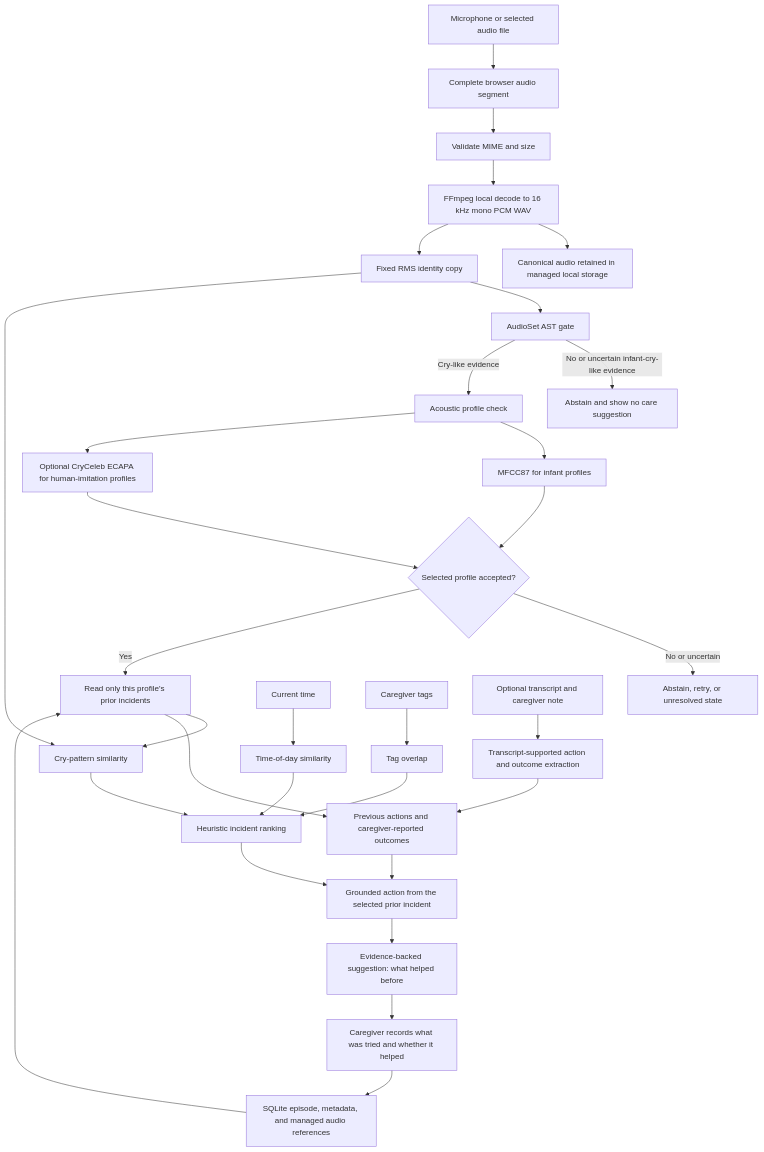
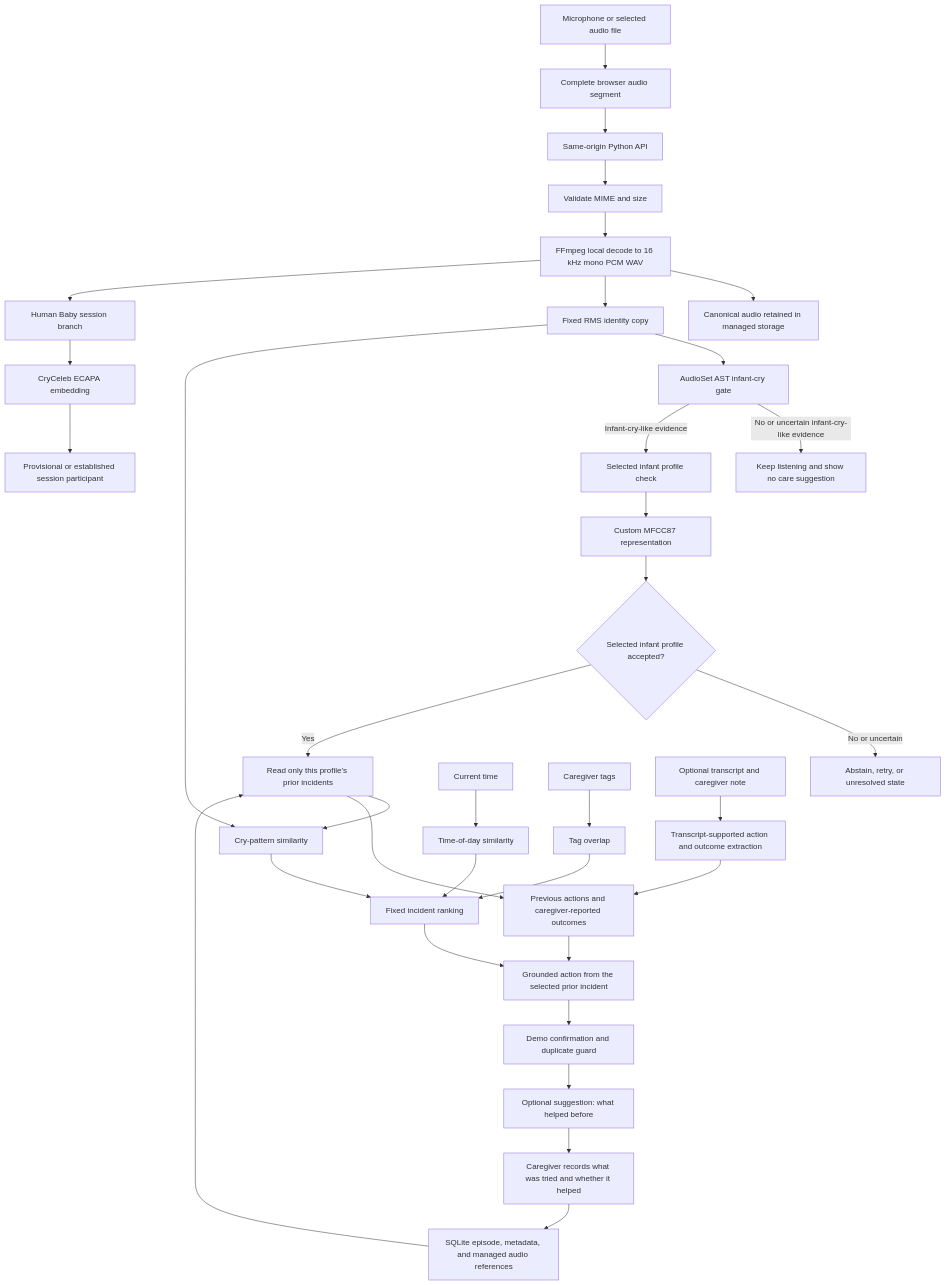
The diagram in docs/TECHNICAL-ARCHITECTURE.md (Prasshanna-S/soothetrace), drawn with Mermaid before and after one commit. The commit also changed other lines of this file and 73 other files, not shown here.

Commit message:
Ship tested SootheTrace care demo release

````diff
--- a/docs/TECHNICAL-ARCHITECTURE.md
+++ b/docs/TECHNICAL-ARCHITECTURE.md
@@ -9,33 +15,37 @@
 ```mermaid
 flowchart TD
     A["Microphone or selected audio file"] --> B["Complete browser audio segment"]
-    B --> C["Validate MIME and size"]
-    C --> D["FFmpeg local decode to 16 kHz mono PCM WAV"]
-    D --> E["Canonical audio retained in managed local storage"]
-    D --> F["Fixed RMS identity copy"]
-    F --> G["AudioSet AST gate"]
-    G -->|"No or uncertain infant-cry-like evidence"| H["Abstain and show no care suggestion"]
-    G -->|"Cry-like evidence"| I["Acoustic profile check"]
-    I --> J["MFCC87 for infant profiles"]
-    I --> K["Optional CryCeleb ECAPA for human-imitation profiles"]
-    J --> L{"Selected profile accepted?"}
-    K --> L
+    B --> C["Same-origin Python API"]
+    C --> D["Validate MIME and size"]
+    D --> E["FFmpeg local decode to 16 kHz mono PCM WAV"]
+    E --> F["Canonical audio retained in managed storage"]
+    E --> G["Fixed RMS identity copy"]
+    G --> H["AudioSet AST infant-cry gate"]
+    H -->|"No or uncertain infant-cry-like evidence"| I["Keep listening and show no care suggestion"]
+    H -->|"Infant-cry-like evidence"| J["Selected infant profile check"]
+    J --> K["Custom MFCC87 representation"]
+    K --> L{"Selected infant profile accepted?"}
     L -->|"No or uncertain"| M["Abstain, retry, or unresolved state"]
     L -->|"Yes"| N["Read only this profile's prior incidents"]
     O["Current time"] --> P["Time-of-day similarity"]
     Q["Caregiver tags"] --> R["Tag overlap"]
-    F --> S["Cry-pattern similarity"]
+    G --> S["Cry-pattern similarity"]
     N --> S
     N --> T["Previous actions and caregiver-reported outcomes"]
-    P --> U["Heuristic incident ranking"]
+    P --> U["Fixed incident ranking"]
     R --> U
     S --> U
     T --> V["Grounded action from the selected prior incident"]
     U --> V
     W["Optional transcript and caregiver note"] --> X["Transcript-supported action and outcome extraction"]
     X --> T
-    V --> Y["Evidence-backed suggestion: what helped before"]
-    Y --> Z["Caregiver records what was tried and whether it helped"]
-    Z --> AA["SQLite episode, metadata, and managed audio references"]
-    AA --> N
+    V --> Y["Demo confirmation and duplicate guard"]
+    Y --> Z["Optional suggestion: what helped before"]
+    Z --> AA["Caregiver records what was tried and whether it helped"]
+    AA --> AB["SQLite episode, metadata, and managed audio references"]
+    AB --> N
+
+    E --> AC["Human Baby session branch"]
+    AC --> AD["CryCeleb ECAPA embedding"]
+    AD --> AE["Provisional or established session participant"]
 ```
````
